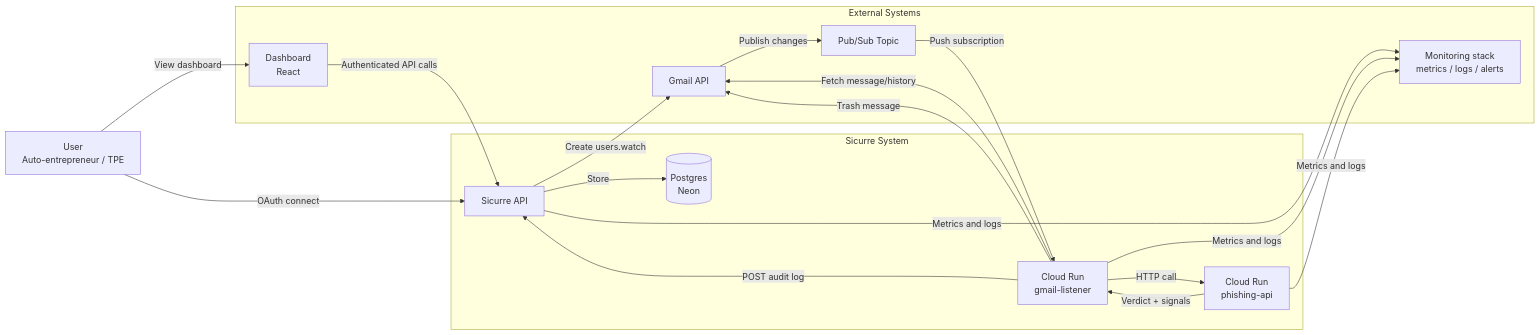
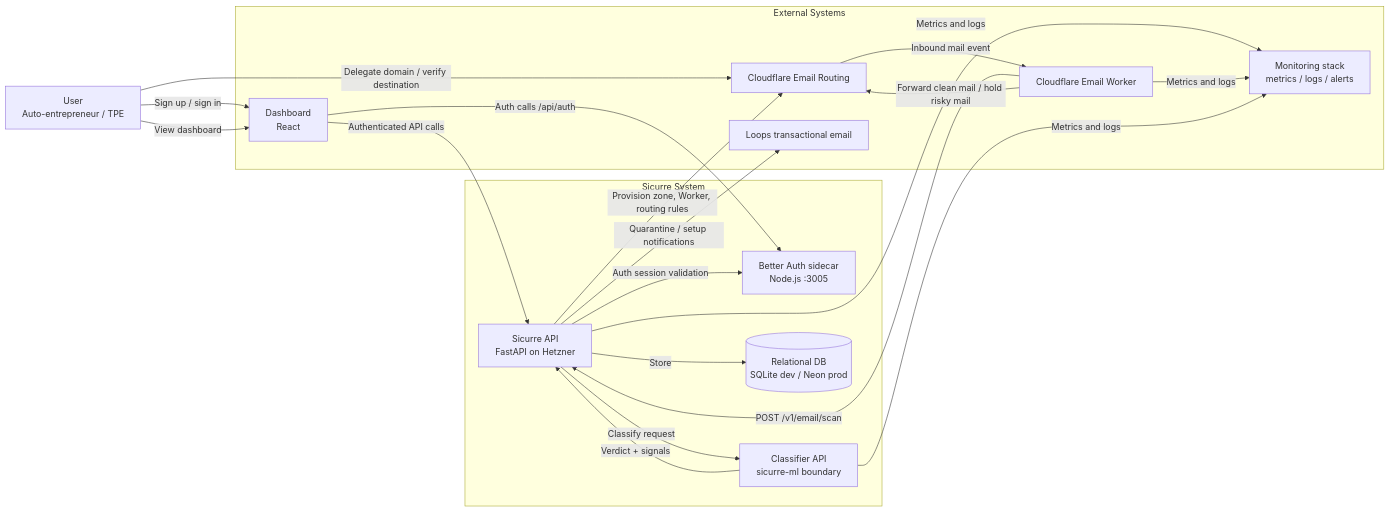
One commit to MichAdebayo/sicurre changed the diagram in docs/architecture/system-context.md. Above: the diagram before and after it, drawn with Mermaid. The commit also changed 36 other files, not shown here.

````diff
--- a/docs/architecture/system-context.md
+++ b/docs/architecture/system-context.md
@@ -3,37 +3,40 @@
 ```mermaid
 flowchart LR
   U[User<br/>Auto-entrepreneur / TPE]
 
   subgraph SIC[Sicurre System]
-    API[Sicurre API]
-    ING[Cloud Run<br/>gmail-listener]
-    CLS[Cloud Run<br/>phishing-api]
-    DB[(Postgres<br/>Neon)]
+    API[Sicurre API<br/>FastAPI on Hetzner]
+    AUTH[Better Auth sidecar<br/>Node.js :3005]
+    CLS[Classifier API<br/>sicurre-ml boundary]
+    DB[(Relational DB<br/>SQLite dev / Neon prod)]
   end
 
   subgraph EXT[External Systems]
-    GM[Gmail API]
-    PS[Pub/Sub Topic]
+    CF[Cloudflare Email Routing]
+    WORKER[Cloudflare Email Worker]
+    LOOPS[Loops transactional email]
     UI[Dashboard<br/>React]
     MON[Monitoring stack<br/>metrics / logs / alerts]
   end
 
-  U -->|OAuth connect| API
+  U -->|Sign up / sign in| UI
+  UI -->|Auth calls /api/auth| AUTH
   U -->|View dashboard| UI
   UI -->|Authenticated API calls| API
 
-  API -->|Create users.watch| GM
-  GM -->|Publish changes| PS
-  PS -->|Push subscription| ING
+  U -->|Delegate domain / verify destination| CF
+  API -->|Provision zone, Worker, routing rules| CF
+  CF -->|Inbound mail event| WORKER
+  WORKER -->|POST /v1/email/scan| API
 
-  ING -->|Fetch message/history| GM
-  ING -->|HTTP call| CLS
-  CLS -->|Verdict + signals| ING
-  ING -->|Trash message| GM
-  ING -->|POST audit log| API
+  API -->|Classify request| CLS
+  CLS -->|Verdict + signals| API
   API -->|Store| DB
+  API -->|Auth session validation| AUTH
+  API -->|Quarantine / setup notifications| LOOPS
+  WORKER -->|Forward clean mail / hold risky mail| CF
 
   API -->|Metrics and logs| MON
-  ING -->|Metrics and logs| MON
+  WORKER -->|Metrics and logs| MON
   CLS -->|Metrics and logs| MON
 ```
````
